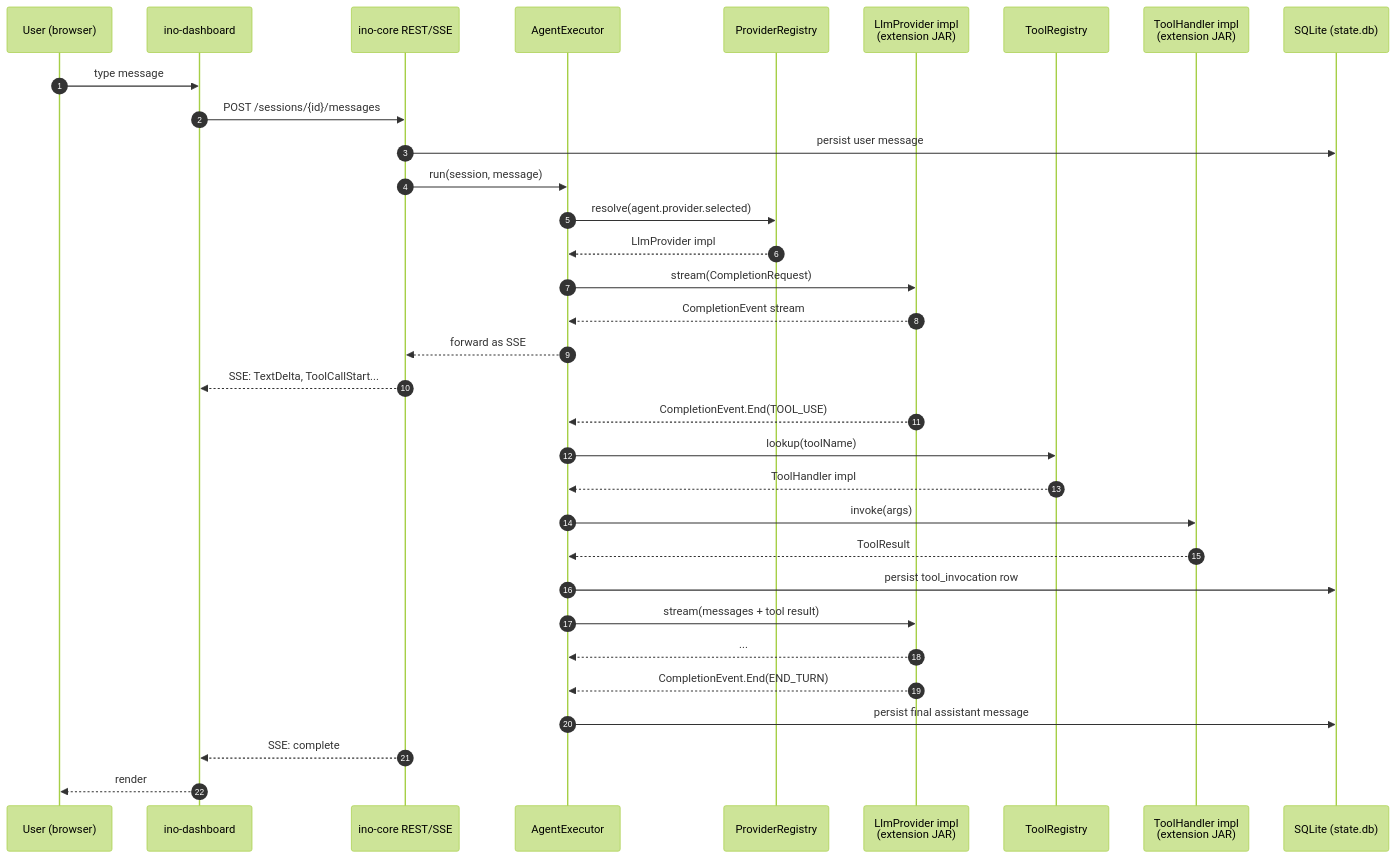
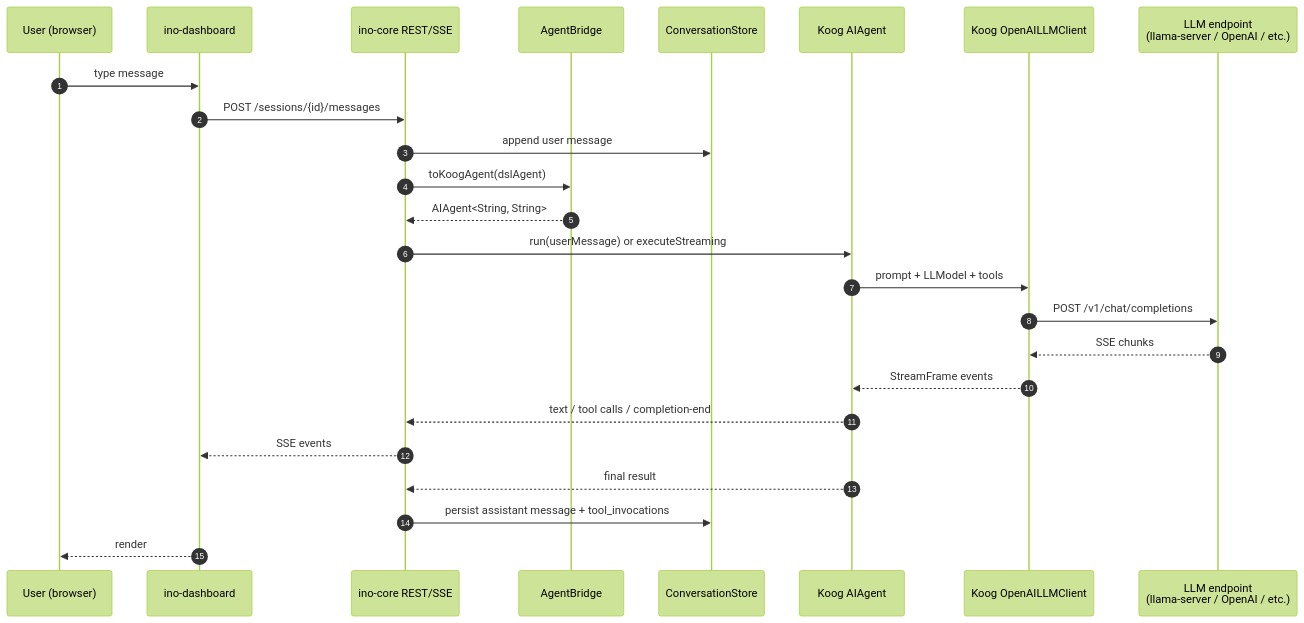
The second of 3 diagrams in docs/architecture.md (khorum-oss/ino), drawn with Mermaid (forest theme) before and after one commit. The commit also changed other lines of this file and 3 other files, not shown here.

Commit message:
Update roadmap and architecture docs to reflect Koog integration replacing custom engine and provider SPIs

````diff
--- a/docs/architecture.md
+++ b/docs/architecture.md
@@ -84,36 +56,28 @@
 ```mermaid
 sequenceDiagram
     autonumber
     participant U as User (browser)
     participant DASH as ino-dashboard
     participant API as ino-core REST/SSE
-    participant ENG as AgentExecutor
-    participant PR as ProviderRegistry
-    participant LLM as LlmProvider impl<br/>(extension JAR)
-    participant TR as ToolRegistry
-    participant TH as ToolHandler impl<br/>(extension JAR)
-    participant DB as SQLite (state.db)
+    participant BR as AgentBridge
+    participant CS as ConversationStore
+    participant KA as Koog AIAgent
+    participant LP as Koog OpenAILLMClient
+    participant SRV as LLM endpoint<br/>(llama-server / OpenAI / etc.)
 
     U->>DASH: type message
     DASH->>API: POST /sessions/{id}/messages
-    API->>DB: persist user message
-    API->>ENG: run(session, message)
-    ENG->>PR: resolve(agent.provider.selected)
-    PR-->>ENG: LlmProvider impl
-    ENG->>LLM: stream(CompletionRequest)
-    LLM-->>ENG: CompletionEvent stream
-    ENG-->>API: forward as SSE
-    API-->>DASH: SSE: TextDelta, ToolCallStart...
-    LLM-->>ENG: CompletionEvent.End(TOOL_USE)
-    ENG->>TR: lookup(toolName)
-    TR-->>ENG: ToolHandler impl
-    ENG->>TH: invoke(args)
-    TH-->>ENG: ToolResult
-    ENG->>DB: persist tool_invocation row
-    ENG->>LLM: stream(messages + tool result)
-    LLM-->>ENG: ...
-    LLM-->>ENG: CompletionEvent.End(END_TURN)
-    ENG->>DB: persist final assistant message
-    API-->>DASH: SSE: complete
+    API->>CS: append user message
+    API->>BR: toKoogAgent(dslAgent)
+    BR-->>API: AIAgent<String, String>
+    API->>KA: run(userMessage) or executeStreaming
+    KA->>LP: prompt + LLModel + tools
+    LP->>SRV: POST /v1/chat/completions
+    SRV-->>LP: SSE chunks
+    LP-->>KA: StreamFrame events
+    KA-->>API: text / tool calls / completion-end
+    API-->>DASH: SSE events
+    KA-->>API: final result
+    API->>CS: persist assistant message + tool_invocations
     DASH-->>U: render
 ```
````
